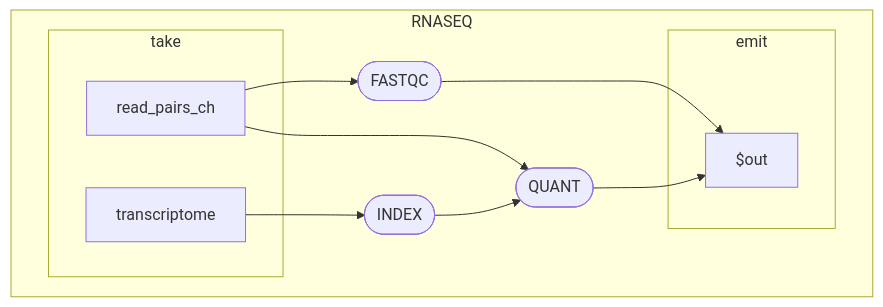
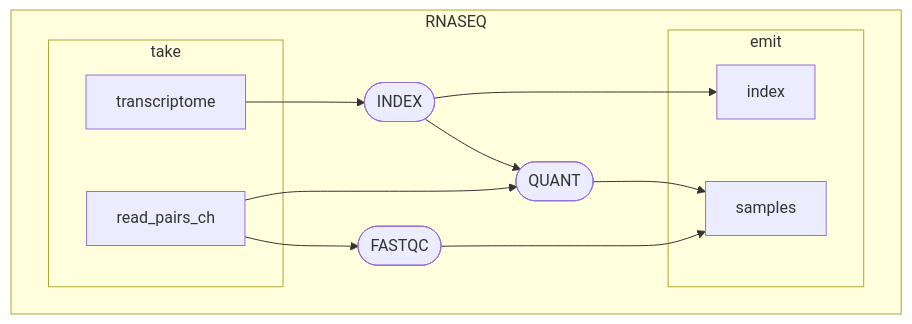
Before and after one commit to nextflow-io/nextflow: the second of 2 diagrams in docs/tutorials/rnaseq-nf.md, drawn with Mermaid. The commit also changed other lines of this file, not shown here.

````diff
--- a/docs/tutorials/rnaseq-nf.md
+++ b/docs/tutorials/rnaseq-nf.md
@@ -45,21 +47,23 @@
 ```{mermaid}
 flowchart TB
     subgraph RNASEQ
     subgraph take
-    v1["read_pairs_ch"]
-    v0["transcriptome"]
+    v0["read_pairs_ch"]
+    v1["transcriptome"]
     end
     v2([INDEX])
-    v3([FASTQC])
-    v4([QUANT])
+    v4([FASTQC])
+    v6([QUANT])
     subgraph emit
-    v5["$out"]
+    v10["index"]
+    v9["samples"]
     end
-    v0 --> v2
-    v1 --> v3
-    v1 --> v4
-    v2 --> v4
-    v3 --> v5
-    v4 --> v5
+    v1 --> v2
+    v0 --> v4
+    v0 --> v6
+    v2 --> v6
+    v4 --> v9
+    v6 --> v9
+    v2 --> v10
     end
 ```
````
